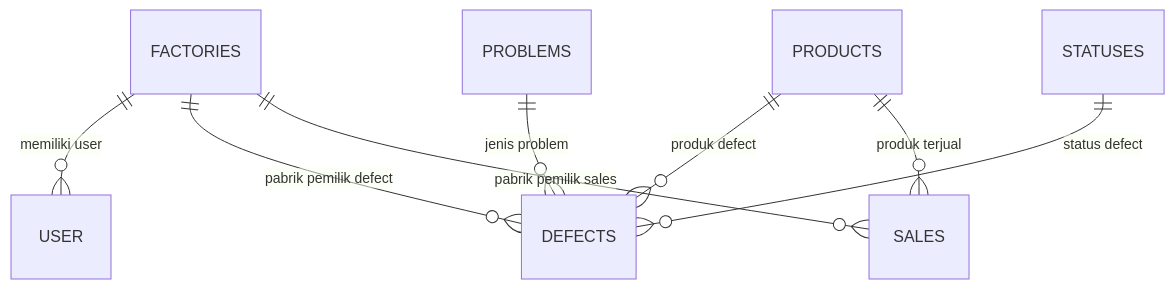
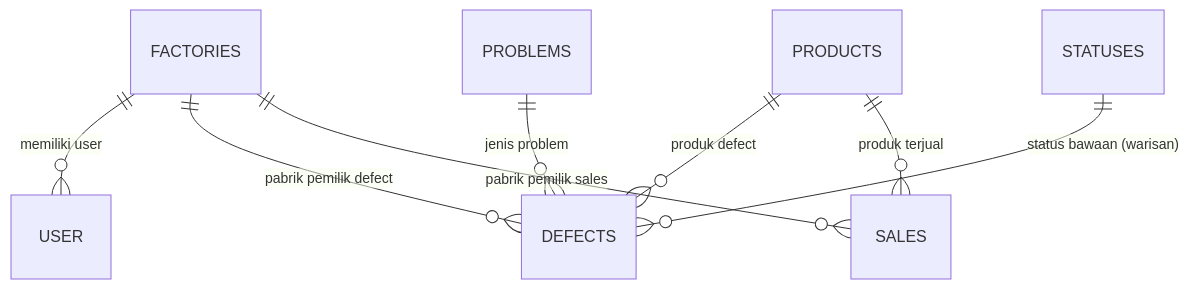
One commit to riswannh/BARDI-Defect-Report changed the second of 2 diagrams in README.md. Above: the diagram before and after it, drawn with Mermaid. The commit also changed other lines of this file and 20 other files, not shown here.

First line of the commit message:
feat(defects): hapus Status dari Defect dan Data Master

````diff
--- a/README.md
+++ b/README.md
@@ -421,10 +423,10 @@
 ```mermaid
 erDiagram
     FACTORIES ||--o{ USER : "memiliki user"
     FACTORIES ||--o{ DEFECTS : "pabrik pemilik defect"
     FACTORIES ||--o{ SALES : "pabrik pemilik sales"
     PRODUCTS ||--o{ DEFECTS : "produk defect"
     PRODUCTS ||--o{ SALES : "produk terjual"
     PROBLEMS ||--o{ DEFECTS : "jenis problem"
-    STATUSES ||--o{ DEFECTS : "status defect"
+    STATUSES ||--o{ DEFECTS : "status bawaan (warisan)"
 ```
````
